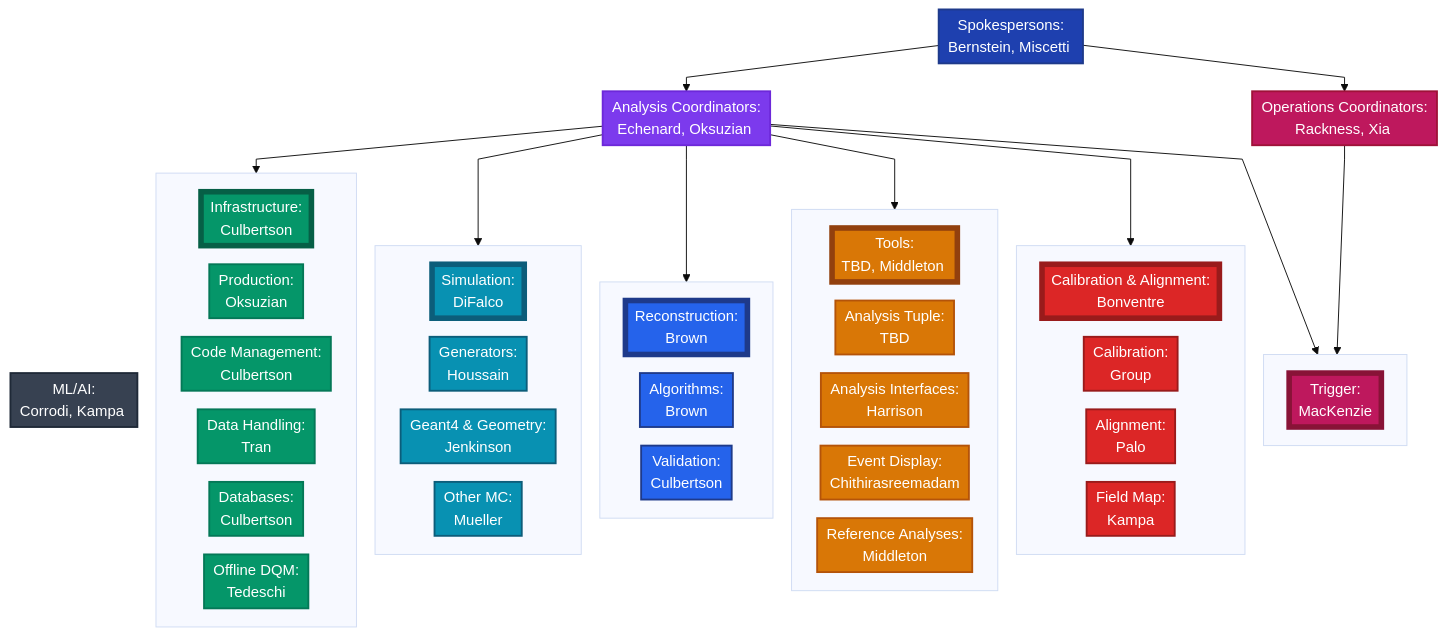
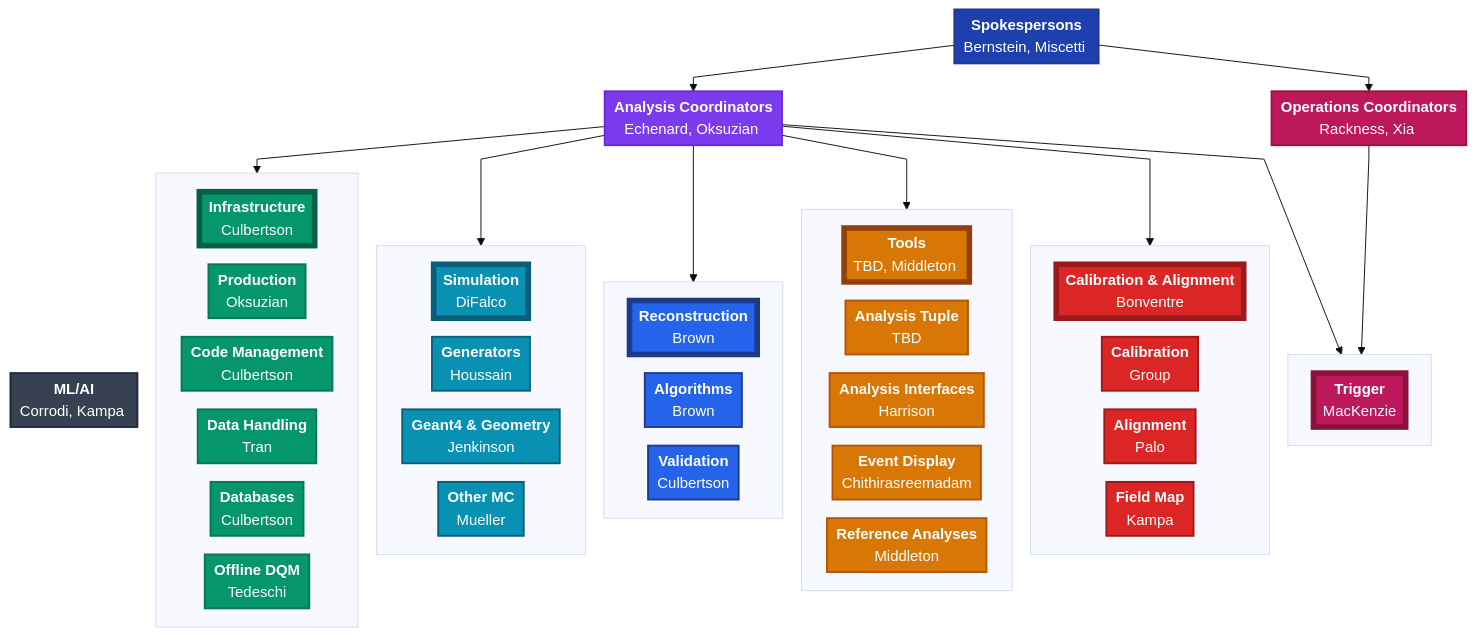
One commit to Mu2e/prodtools changed the diagram in docs/Mu2e_Analysis_Computing_Organization_2025-12_diagram.md. Above: the diagram before and after it, drawn with Mermaid. The commit also changed 1 other file, not shown here.

````diff
--- a/docs/Mu2e_Analysis_Computing_Organization_2025-12_diagram.md
+++ b/docs/Mu2e_Analysis_Computing_Organization_2025-12_diagram.md
@@ -31,9 +31,9 @@
 ```mermaid
 %%{init: { 'theme': 'base', 'flowchart': { 'htmlLabels': true, 'nodeSpacing': 20, 'rankSpacing': 30, 'padding': 5, 'useMaxWidth': false, 'curve': 'linear' }, 'securityLevel': 'loose' } }%%
 graph TD
-    SPK[Spokespersons:<br/>Bernstein, Miscetti&nbsp;]
+    SPK[<b>Spokespersons</b><br/>Bernstein, Miscetti&nbsp;]
     
-    SPK --> AC[Analysis Coordinators:<br/>Echenard, Oksuzian&nbsp;]
+    SPK --> AC[<b>Analysis Coordinators</b><br/>Echenard, Oksuzian&nbsp;]
     
     AC --> INFGROUP
     AC --> SIMGROUP
@@ -41,49 +41,49 @@
     AC --> TOOLSGROUP
     AC --> CALGROUP
     AC --> TRIGGROUP
-    SPK --> OC[Operations Coordinators:<br/>Rackness, Xia&nbsp;]
+    SPK --> OC[<b>Operations Coordinators</b><br/>Rackness, Xia&nbsp;]
     OC --> TRIGGROUP
-    AC -.-> ML[ML/AI:<br/>Corrodi, Kampa&nbsp;]
+    AC -.-> ML[<b>ML/AI</b><br/>Corrodi, Kampa&nbsp;]
     
     subgraph INFGROUP[" "]
-        INF[Infrastructure:<br/>Culbertson]
-        PROD[Production:<br/>Oksuzian]
-        CODE[Code Management:<br/>Culbertson]
-        DATA[Data Handling:<br/>Tran]
-        DB[Databases:<br/>Culbertson]
-        DQM[Offline DQM:<br/>Tedeschi]
+        INF[<b>Infrastructure</b><br/>Culbertson]
+        PROD[<b>Production</b><br/>Oksuzian]
+        CODE[<b>Code Management</b><br/>Culbertson]
+        DATA[<b>Data Handling</b><br/>Tran]
+        DB[<b>Databases</b><br/>Culbertson]
+        DQM[<b>Offline DQM</b><br/>Tedeschi]
     end
     
     subgraph SIMGROUP[" "]
-        SIM[Simulation:<br/>DiFalco]
-        GEN[Generators:<br/>Houssain]
-        G4GEOM[Geant4 &amp; Geometry:<br/>Jenkinson]
-        NONG4[Other MC:<br/>Mueller]
+        SIM[<b>Simulation</b><br/>DiFalco]
+        GEN[<b>Generators</b><br/>Houssain]
+        G4GEOM[<b>Geant4 & Geometry</b><br/>Jenkinson]
+        NONG4[<b>Other MC</b><br/>Mueller]
     end
     
     subgraph RECOGROUP[" "]
-        RECO[Reconstruction:<br/>Brown]
-        ALG[Algorithms:<br/>Brown]
-        VAL[Validation:<br/>Culbertson]
+        RECO[<b>Reconstruction</b><br/>Brown]
+        ALG[<b>Algorithms</b><br/>Brown]
+        VAL[<b>Validation</b><br/>Culbertson]
     end
     
     subgraph TOOLSGROUP[" "]
-        TOOLS[Tools:<br/>TBD, Middleton&nbsp;]
-        NTUP[Analysis Tuple:<br/>TBD]
-        IFACE[Analysis Interfaces:<br/>Harrison]
-        EVD[Event Display:<br/>Chithirasreemadam]
-        REF[Reference Analyses:<br/>Middleton]
+        TOOLS[<b>Tools</b><br/>TBD, Middleton&nbsp;]
+        NTUP[<b>Analysis Tuple</b><br/>TBD]
+        IFACE[<b>Analysis Interfaces</b><br/>Harrison]
+        EVD[<b>Event Display</b><br/>Chithirasreemadam]
+        REF[<b>Reference Analyses</b><br/>Middleton]
     end
     
     subgraph CALGROUP[" "]
-        CAL[Calibration & Alignment:<br/>Bonventre]
-        CALIB[Calibration:<br/>Group]
-        ALIGN[Alignment:<br/>Palo]
-        FMAP[Field Map:<br/>Kampa]
+        CAL[<b>Calibration & Alignment</b><br/>Bonventre]
+        CALIB[<b>Calibration</b><br/>Group]
+        ALIGN[<b>Alignment</b><br/>Palo]
+        FMAP[<b>Field Map</b><br/>Kampa]
     end
     
     subgraph TRIGGROUP[" "]
-        TRIG[Trigger:<br/>MacKenzie]
+        TRIG[<b>Trigger</b><br/>MacKenzie]
     end
     linkStyle 9 stroke:none,stroke-width:0
     
````
